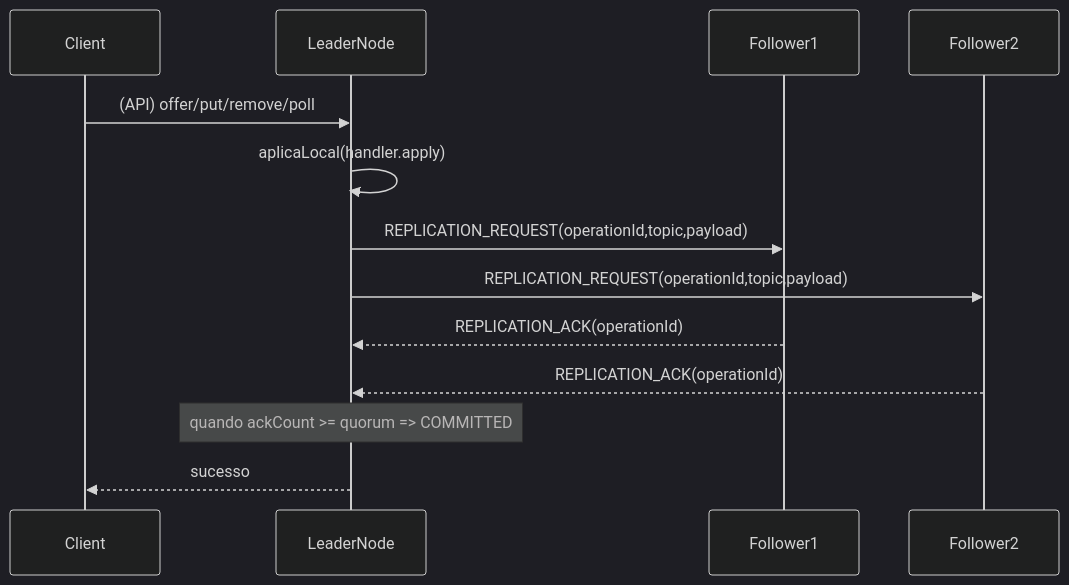
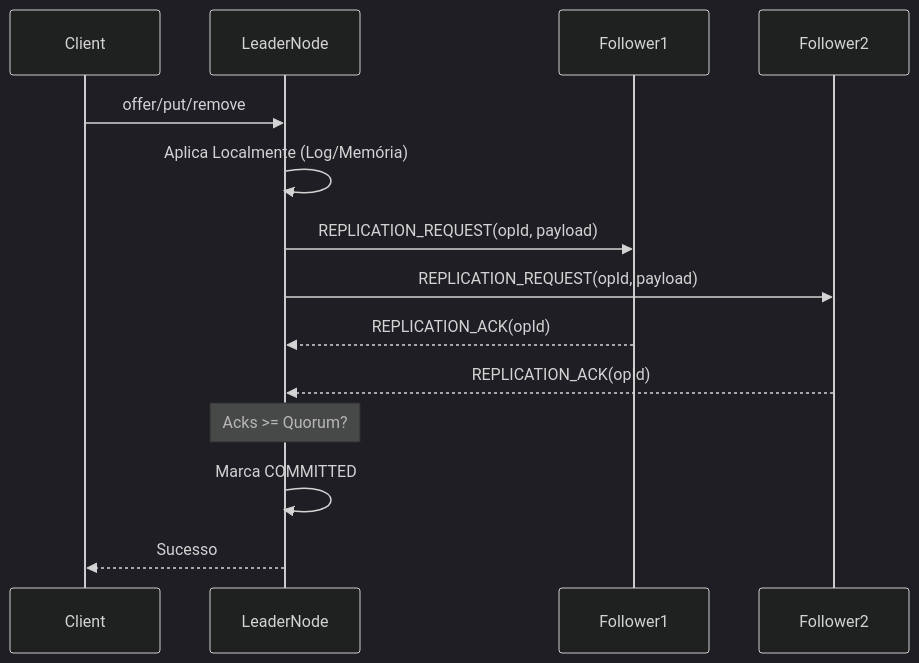
One commit to nishisan-dev/nishi-utils changed the seventh of 7 diagrams in doc/ngrid/arquitetura.md. Above: the diagram before and after it, drawn with Mermaid (dark theme). The commit also changed other lines of this file and 5 other files, not shown here.

````diff
--- a/doc/ngrid/arquitetura.md
+++ b/doc/ngrid/arquitetura.md
@@ -143,16 +237,17 @@
 ```mermaid
 sequenceDiagram
 participant Client as Client
 participant Leader as LeaderNode
 participant F1 as Follower1
 participant F2 as Follower2
 
-Client->>Leader: (API) offer/put/remove/poll
-Leader->>Leader: aplicaLocal(handler.apply)
-Leader->>F1: REPLICATION_REQUEST(operationId,topic,payload)
-Leader->>F2: REPLICATION_REQUEST(operationId,topic,payload)
-F1-->>Leader: REPLICATION_ACK(operationId)
-F2-->>Leader: REPLICATION_ACK(operationId)
-Note over Leader: quando ackCount >= quorum => COMMITTED
-Leader-->>Client: sucesso
+Client->>Leader: offer/put/remove
+Leader->>Leader: Aplica Localmente (Log/Memória)
+Leader->>F1: REPLICATION_REQUEST(opId, payload)
+Leader->>F2: REPLICATION_REQUEST(opId, payload)
+F1-->>Leader: REPLICATION_ACK(opId)
+F2-->>Leader: REPLICATION_ACK(opId)
+Note over Leader: Acks >= Quorum?
+Leader->>Leader: Marca COMMITTED
+Leader-->>Client: Sucesso
 ```
````
